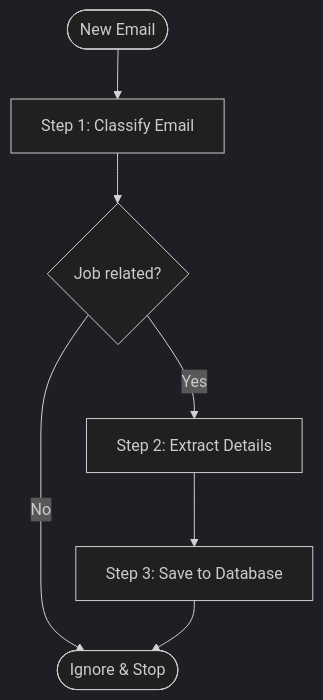
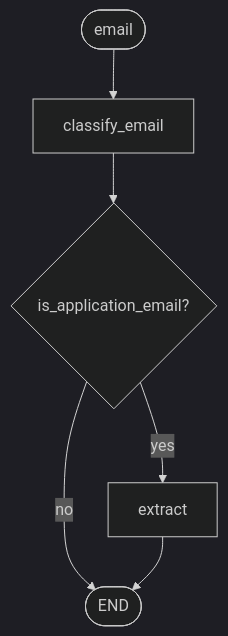
One commit to 24thAbhinav/mail.trace changed the third of 3 diagrams in README.md. Above: the diagram before and after it, drawn with Mermaid (dark theme). The commit also changed other lines of this file, not shown here.

First line of the commit message:
docs: rewrite README with system design and accurate architecture

````diff
--- a/README.md
+++ b/README.md
@@ -23,9 +138,8 @@
 ```mermaid
 flowchart TD
-    Start([New Email]) --> Classify[Step 1: Classify Email]
-    Classify --> Check{Job related?}
-    Check -- No --> End([Ignore & Stop])
-    Check -- Yes --> Extract[Step 2: Extract Details]
-    Extract --> Persist[Step 3: Save to Database]
-    Persist --> End
+    Start([email]) --> Classify[classify_email]
+    Classify --> Cond{is_application_email?}
+    Cond -- no --> End([END])
+    Cond -- yes --> Extract[extract]
+    Extract --> End
 ```
````
